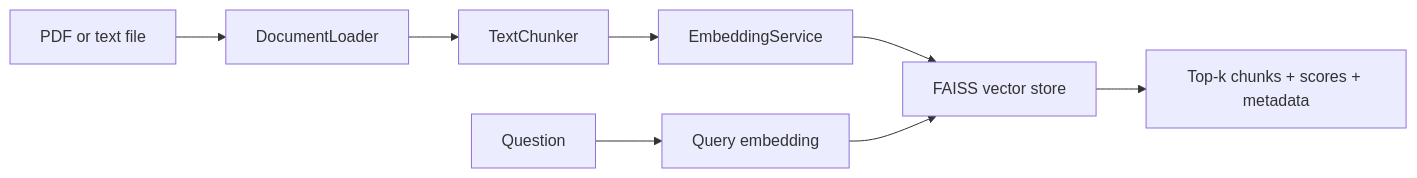
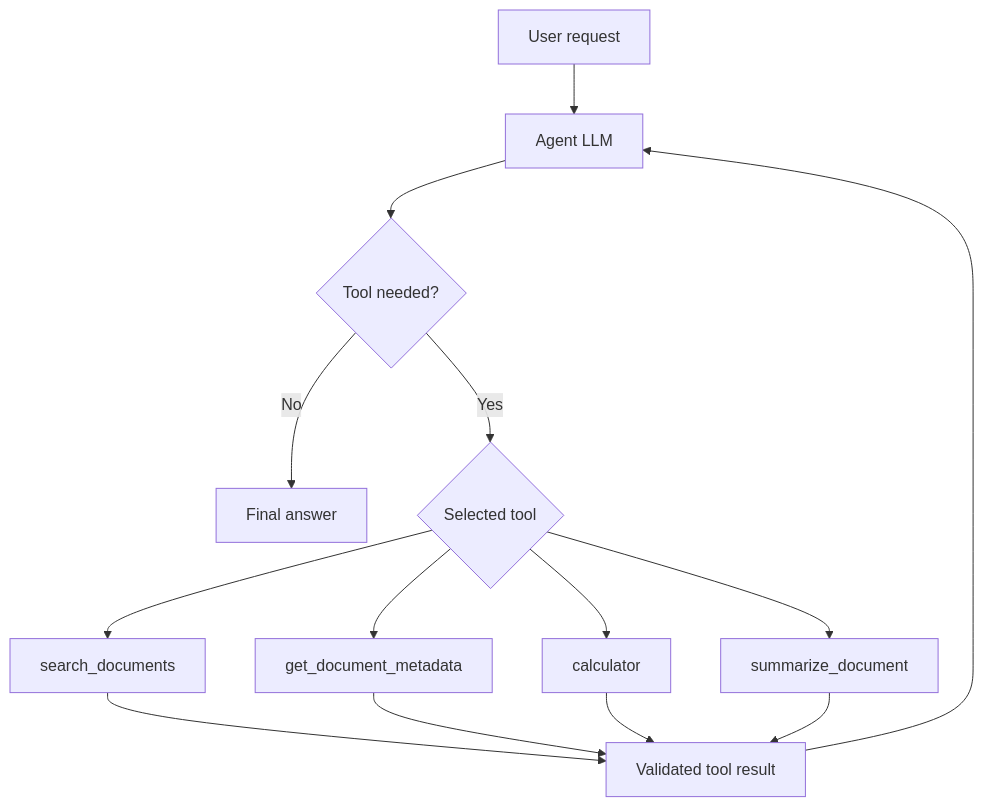
One commit to hoanglqd-a1/RAG_research_assistance changed the diagram in README.md. Above: the diagram before and after it, drawn with Mermaid. The commit also changed other lines of this file, not shown here.

Commit message:
docs: explain Agentic RAG architecture and CLI usage

````diff
--- a/README.md
+++ b/README.md
@@ -13,10 +19,16 @@
 ```mermaid
-flowchart LR
-    A[PDF or text file] --> B[DocumentLoader]
-    B --> C[TextChunker]
-    C --> D[EmbeddingService]
-    D --> E[FAISS vector store]
-    Q[Question] --> F[Query embedding]
-    F --> E
-    E --> R[Top-k chunks + scores + metadata]
+flowchart TD
+    U[User request] --> A[Agent LLM]
+    A --> D{Tool needed?}
+    D -- No --> F[Final answer]
+    D -- Yes --> T{Selected tool}
+    T --> S[search_documents]
+    T --> M[get_document_metadata]
+    T --> C[calculator]
+    T --> Z[summarize_document]
+    S --> O[Validated tool result]
+    M --> O
+    C --> O
+    Z --> O
+    O --> A
 ```
````
